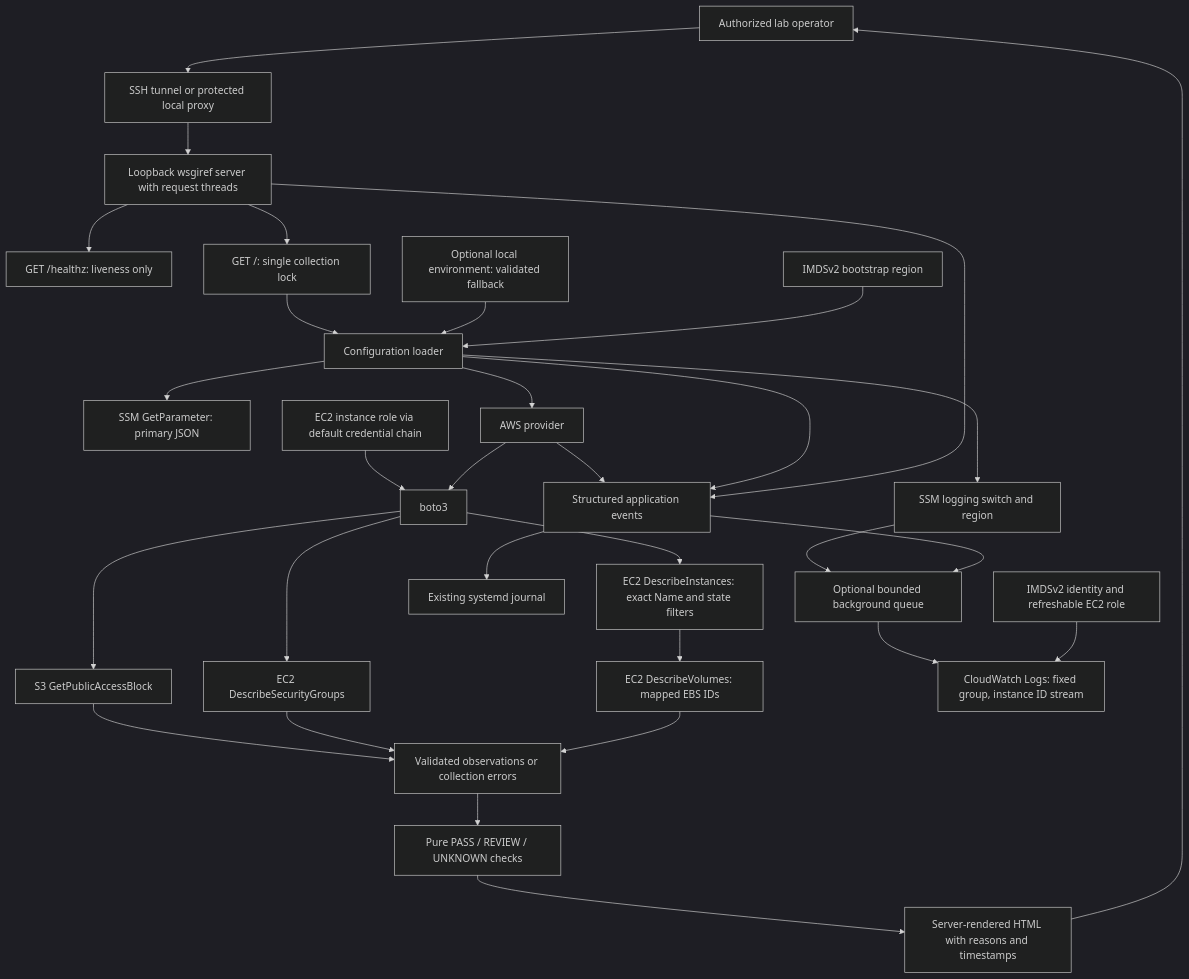
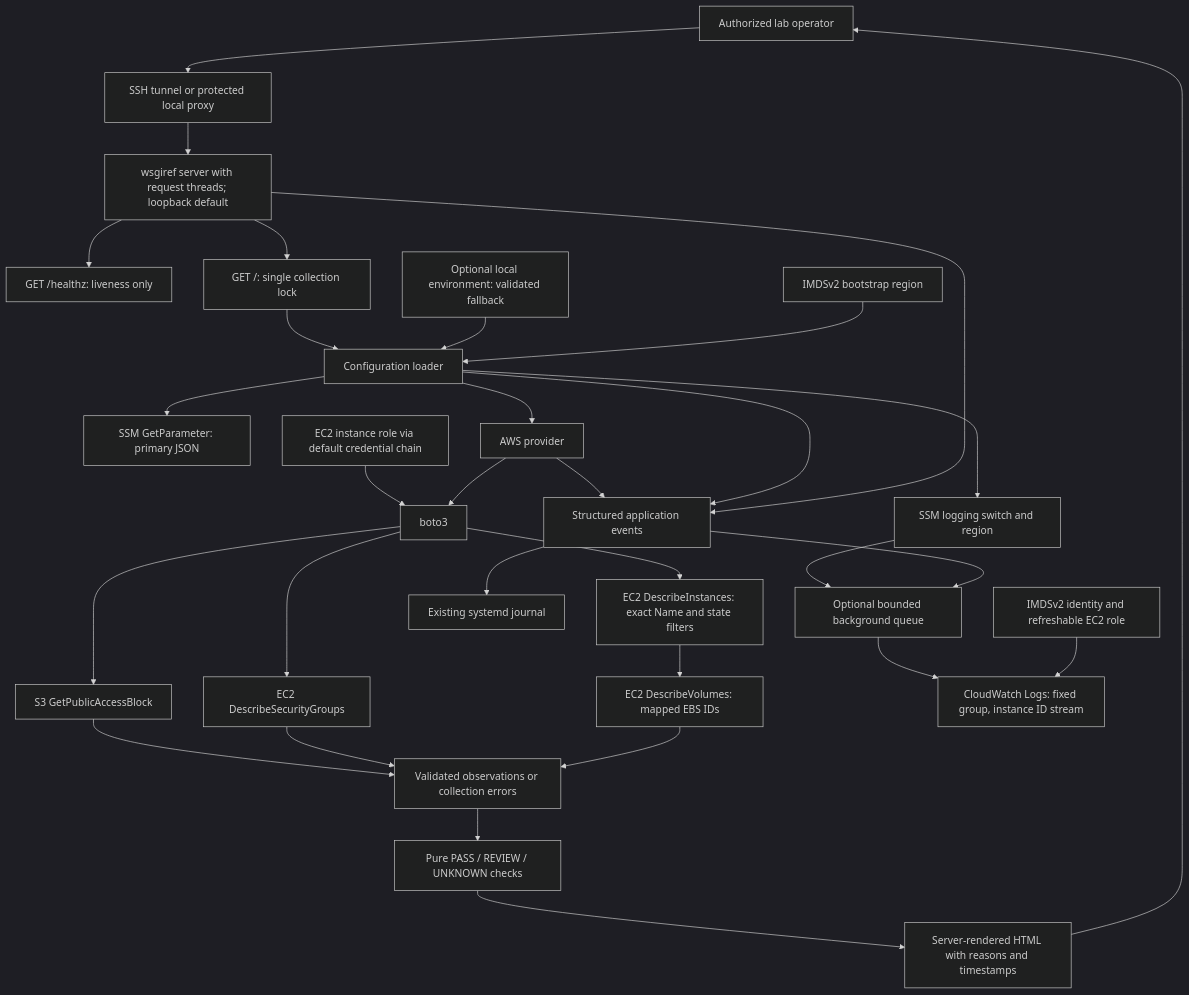
Before and after one commit to BO317/cloud-security-posture-explorer: the diagram in docs/ARCHITECTURE.md, drawn with Mermaid (dark theme). The commit also changed other lines of this file and 6 other files, not shown here.

````diff
--- a/docs/ARCHITECTURE.md
+++ b/docs/ARCHITECTURE.md
@@ -10,33 +10,33 @@
 ```mermaid
 flowchart TD
     User[Authorized lab operator] --> Access[SSH tunnel or protected local proxy]
-    Access --> Web[Loopback wsgiref server with request threads]
+    Access --> Web[wsgiref server with request threads; loopback default]
     Web --> Health[GET /healthz: liveness only]
     Web --> Gate[GET /: single collection lock]
     Gate --> Config[Configuration loader]
     Config --> SSM[SSM GetParameter: primary JSON]
     Env[Optional local environment: validated fallback] --> Config
     IMDS[IMDSv2 bootstrap region] --> Config
     Config --> Provider[AWS provider]
     Config --> LogChoice[SSM logging switch and region]
     LogChoice --> Queue
     Role[EC2 instance role via default credential chain] --> SDK[boto3]
     Provider --> SDK
     SDK --> S3[S3 GetPublicAccessBlock]
     SDK --> EC2[EC2 DescribeSecurityGroups]
     SDK --> Instances[EC2 DescribeInstances: exact Name and state filters]
     Instances --> Volumes[EC2 DescribeVolumes: mapped EBS IDs]
     S3 --> Evidence[Validated observations or collection errors]
     EC2 --> Evidence
     Volumes --> Evidence
     Evidence --> Checks[Pure PASS / REVIEW / UNKNOWN checks]
     Checks --> HTML[Server-rendered HTML with reasons and timestamps]
     HTML --> User
     Provider --> Audit[Structured application events]
     Config --> Audit
     Web --> Audit
     Audit --> Journal[Existing systemd journal]
     Audit --> Queue[Optional bounded background queue]
     Queue --> Logs[CloudWatch Logs: fixed group, instance ID stream]
     Metadata[IMDSv2 identity and refreshable EC2 role] --> Logs
 ```
````
